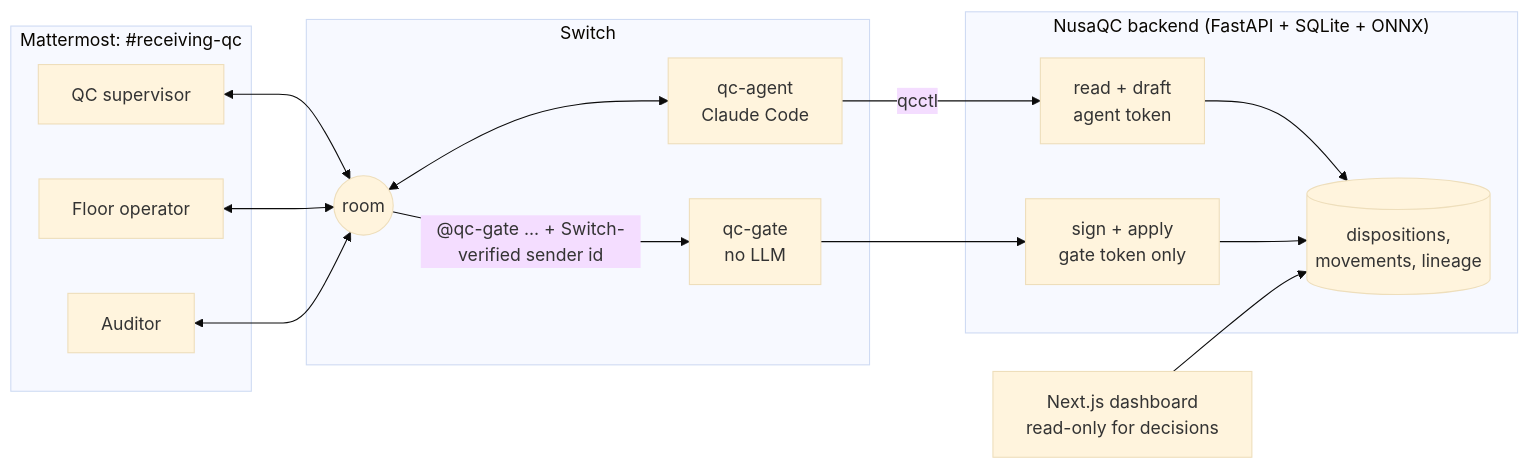
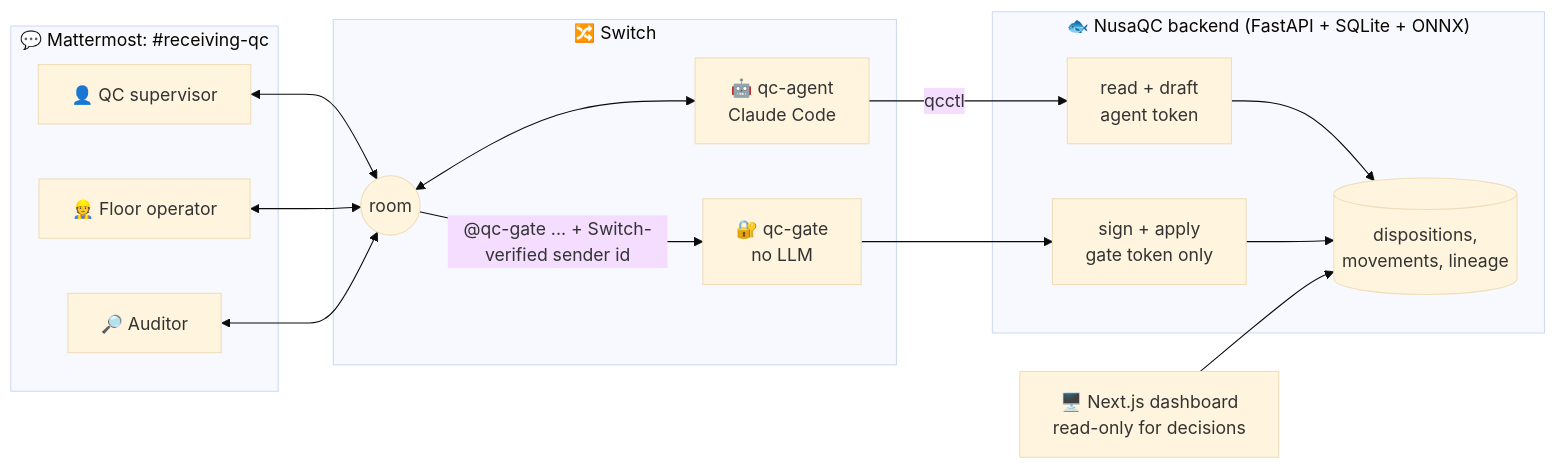
Before and after one commit to Rkaaaa404/flip-the-switch: the first of 2 diagrams in README.md, drawn with Mermaid (base theme). The commit also changed other lines of this file and 4 other files, not shown here.

Commit message:
docs: restyle the README with screenshots, diagrams and badges

````diff
--- a/README.md
+++ b/README.md
@@ -21,26 +51,26 @@
 ```mermaid
 flowchart LR
-    subgraph Mattermost["Mattermost: #receiving-qc"]
-        SUP[QC supervisor]
-        OP[Floor operator]
-        AUD[Auditor]
+    subgraph Mattermost["💬 Mattermost: #receiving-qc"]
+        SUP[👤 QC supervisor]
+        OP[👷 Floor operator]
+        AUD[🔎 Auditor]
     end
-    subgraph Switch["Switch"]
+    subgraph Switch["🔀 Switch"]
         ROOM((room))
-        AG["qc-agent<br/>Claude Code"]
-        GATE["qc-gate<br/>no LLM"]
+        AG["🤖 qc-agent<br/>Claude Code"]
+        GATE["🔐 qc-gate<br/>no LLM"]
     end
-    subgraph NusaQC["NusaQC backend (FastAPI + SQLite + ONNX)"]
+    subgraph NusaQC["🐟 NusaQC backend (FastAPI + SQLite + ONNX)"]
         RO["read + draft<br/>agent token"]
         W["sign + apply<br/>gate token only"]
         DB[(dispositions,<br/>movements, lineage)]
     end
     SUP & OP & AUD <--> ROOM
     ROOM <--> AG
     ROOM -- "@qc-gate ... + Switch-verified sender id" --> GATE
     AG -- qcctl --> RO
     GATE --> W
     RO --> DB
     W --> DB
-    UI[Next.js dashboard<br/>read-only for decisions] --> DB
+    UI[🖥️ Next.js dashboard<br/>read-only for decisions] --> DB
 ```
````
